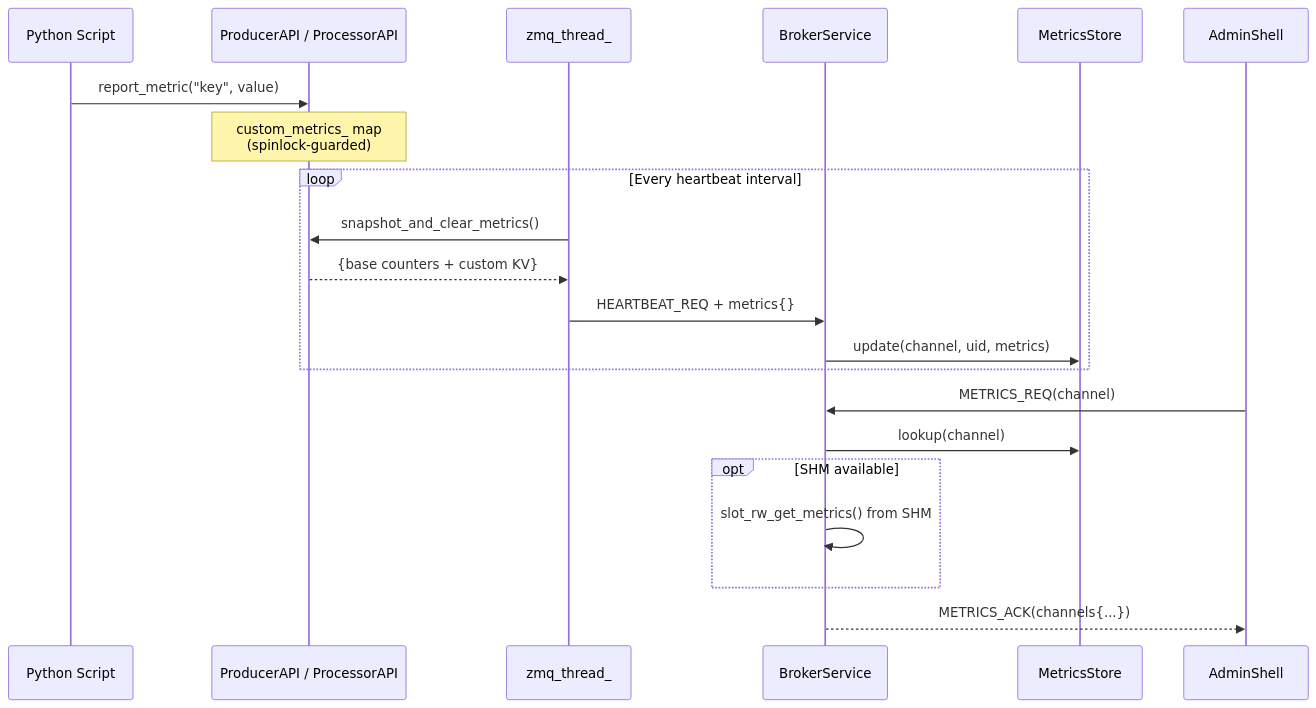
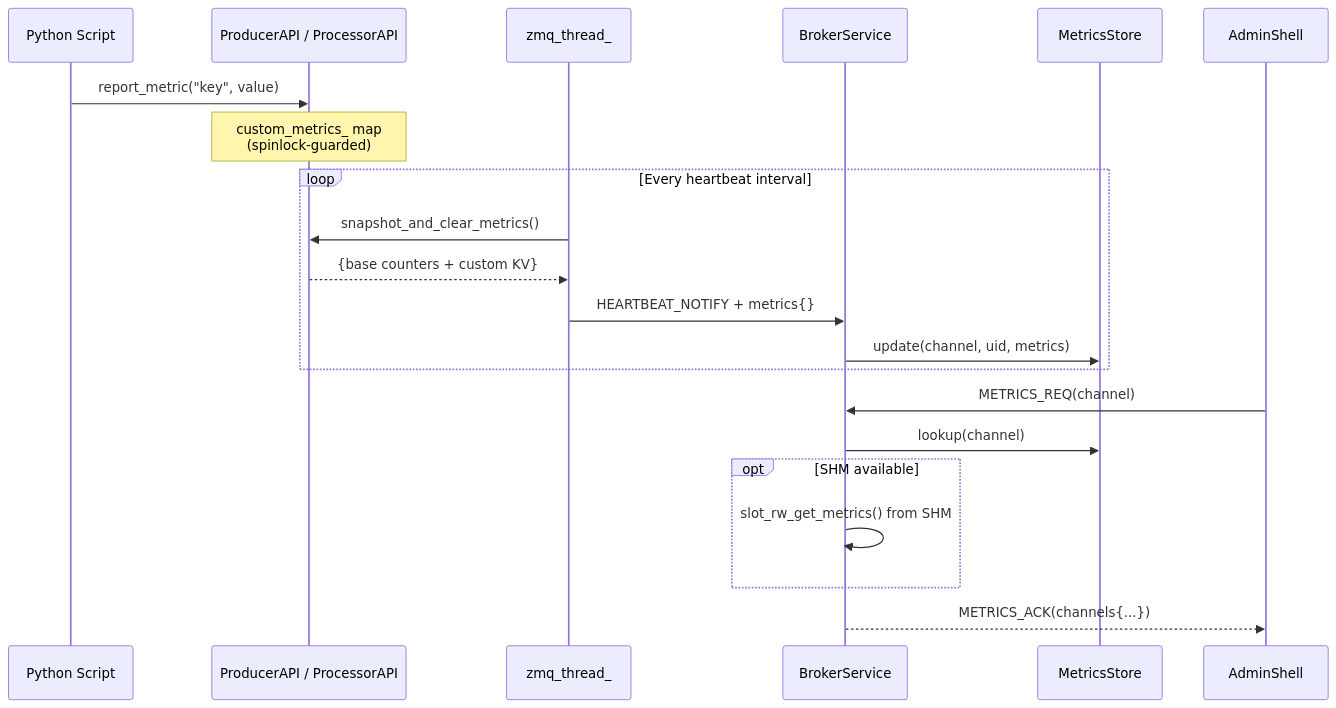
Before and after one commit to Qing-LAB/pylabhub: the second of 3 diagrams in docs/HEP/HEP-CORE-0019-Metrics-Plane.md, drawn with Mermaid. The commit also changed other lines of this file and 12 other files, not shown here.

First line of the commit message:
docs: sweep HEARTBEAT_REQ and BAND_BROADCAST_REQ residual names to match code

````diff
--- a/docs/HEP/HEP-CORE-0019-Metrics-Plane.md
+++ b/docs/HEP/HEP-CORE-0019-Metrics-Plane.md
@@ -928,26 +928,26 @@
 ```mermaid
 sequenceDiagram
     participant Script as Python Script
     participant API as ProducerAPI / ProcessorAPI
     participant ZMQ as zmq_thread_
     participant Broker as BrokerService
     participant Store as MetricsStore
     participant Admin as AdminShell
 
     Script->>API: report_metric("key", value)
     Note over API: custom_metrics_ map<br/>(spinlock-guarded)
 
     loop Every heartbeat interval
         ZMQ->>API: snapshot_and_clear_metrics()
         API-->>ZMQ: {base counters + custom KV}
-        ZMQ->>Broker: HEARTBEAT_REQ + metrics{}
+        ZMQ->>Broker: HEARTBEAT_NOTIFY + metrics{}
         Broker->>Store: update(channel, uid, metrics)
     end
 
     Admin->>Broker: METRICS_REQ(channel)
     Broker->>Store: lookup(channel)
     opt SHM available
         Broker->>Broker: slot_rw_get_metrics() from SHM
     end
     Broker-->>Admin: METRICS_ACK(channels{...})
 ```
````
